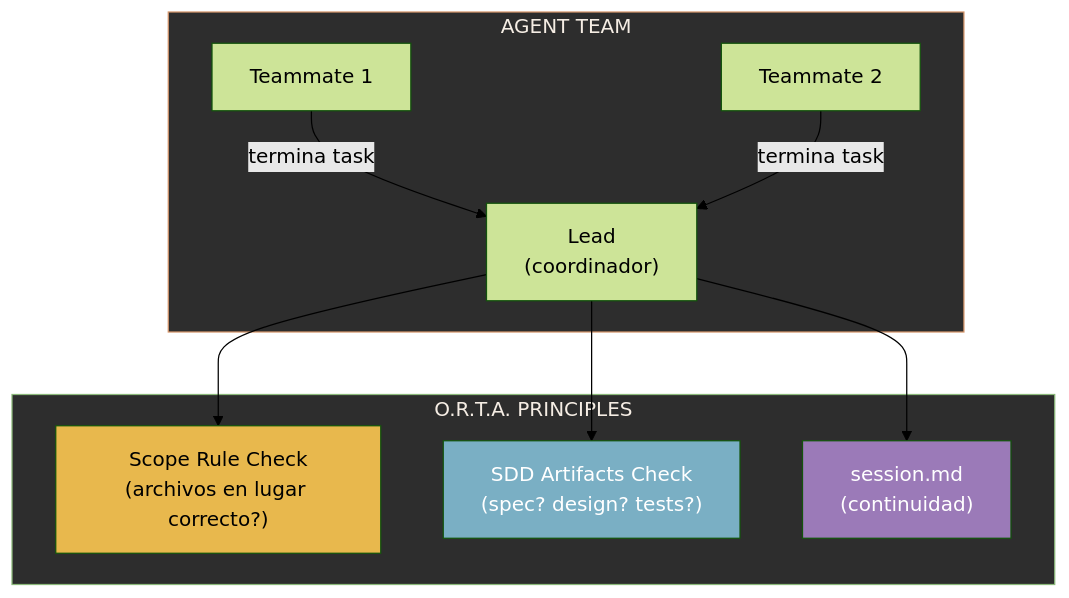
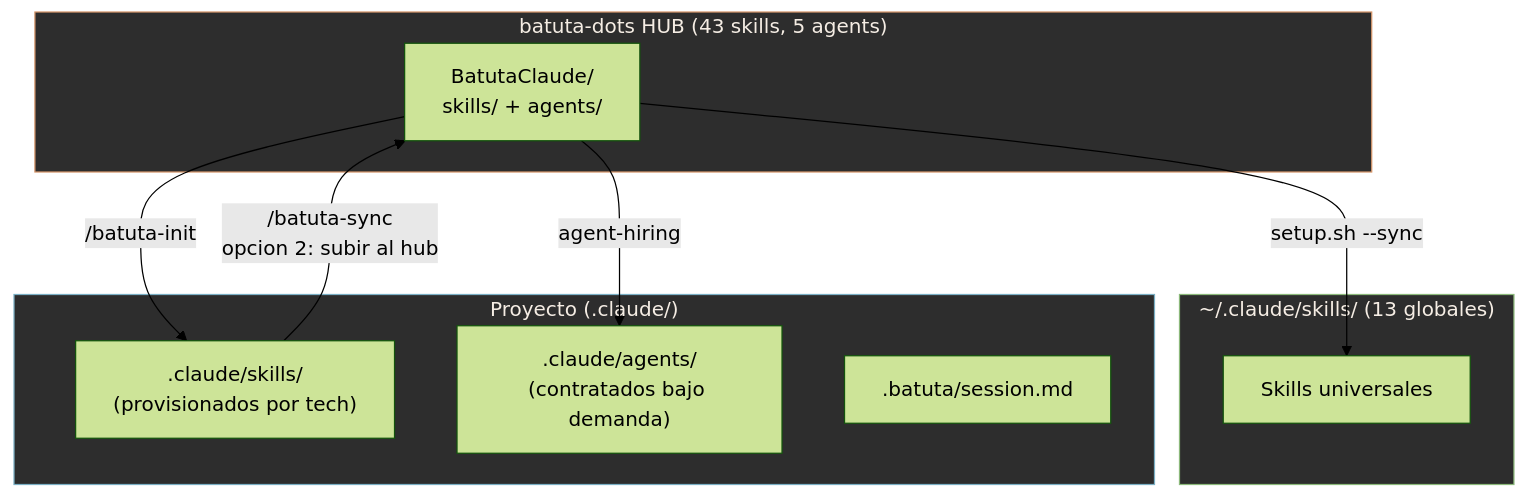
One commit to jota-batuta/batuta-dots changed diagram 12 of 14 in docs/architecture/arquitectura-diagrama.md. Above: the diagram before and after it, drawn with Mermaid (forest theme). The commit also changed other lines of this file and 120 other files, not shown here.

````diff
--- a/docs/architecture/arquitectura-diagrama.md
+++ b/docs/architecture/arquitectura-diagrama.md
@@ -748,27 +436,26 @@
 ```mermaid
 flowchart TD
-    subgraph TEAM["AGENT TEAM"]
-        LEAD["Lead<br/>(coordinador)"]
-        TM1["Teammate 1"]
-        TM2["Teammate 2"]
+    subgraph HUB_SYNC["batuta-dots HUB (43 skills, 5 agents)"]
+        BC["BatutaClaude/<br/>skills/ + agents/"]
     end
 
-    subgraph ORTA["O.R.T.A. PRINCIPLES"]
-        SCOPE["Scope Rule Check<br/>(archivos en lugar correcto?)"]
-        SDD_CHECK["SDD Artifacts Check<br/>(spec? design? tests?)"]
-        SESSION["session.md<br/>(continuidad)"]
+    subgraph GLOBAL_SYNC["~/.claude/skills/ (13 globales)"]
+        G_SK["Skills universales"]
     end
 
-    TM1 -->|"termina task"| LEAD
-    TM2 -->|"termina task"| LEAD
+    subgraph PROJECT_SYNC["Proyecto (.claude/)"]
+        P_SKILLS[".claude/skills/<br/>(provisionados por tech)"]
+        P_AGENTS[".claude/agents/<br/>(contratados bajo demanda)"]
+        P_SESSION[".batuta/session.md"]
+    end
 
-    LEAD --> SCOPE
-    LEAD --> SDD_CHECK
-    LEAD --> SESSION
+    BC -->|"setup.sh --sync"| G_SK
+    BC -->|"/batuta-init"| P_SKILLS
+    BC -->|"agent-hiring"| P_AGENTS
 
-    style TEAM fill:#2d2d2d,stroke:#D4956A,color:#F5EDE4
-    style ORTA fill:#2d2d2d,stroke:#8BB87A,color:#F5EDE4
-    style SESSION fill:#9B7AB8,color:#fff
-    style SCOPE fill:#E8B84D,color:#000
-    style SDD_CHECK fill:#7AAFC4,color:#fff
+    P_SKILLS -->|"/batuta-sync<br/>opcion 2: subir al hub"| BC
+
+    style HUB_SYNC fill:#2d2d2d,stroke:#D4956A,color:#F5EDE4
+    style GLOBAL_SYNC fill:#2d2d2d,stroke:#8BB87A,color:#F5EDE4
+    style PROJECT_SYNC fill:#2d2d2d,stroke:#7AAFC4,color:#F5EDE4
 ```
````
